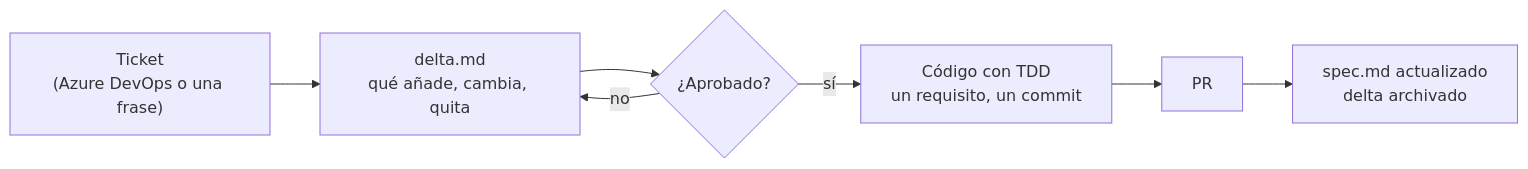
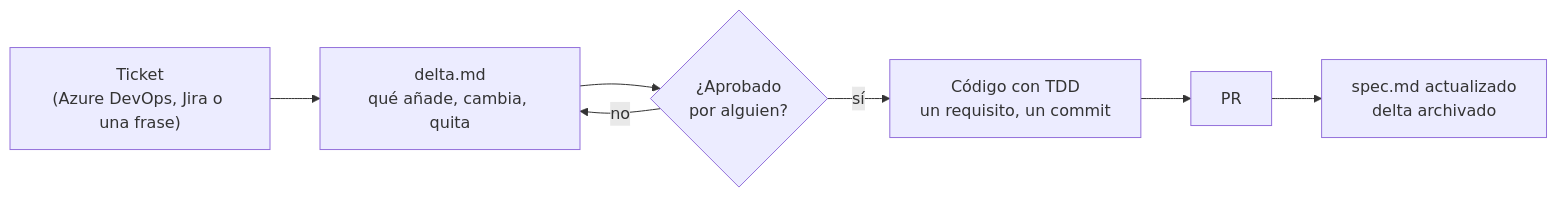
Before and after one commit to goguiGit/Sdd-Developer-setup: the diagram in README.md, drawn with Mermaid. The commit also changed other lines of this file and 5 other files, not shown here.

````diff
--- a/README.md
+++ b/README.md
@@ -35,8 +38,8 @@
 ```mermaid
 flowchart LR
-    T["Ticket<br/>(Azure DevOps o una frase)"] --> D["delta.md<br/>qué añade, cambia, quita"]
-    D --> A{"¿Aprobado?"}
+    T["Ticket<br/>(Azure DevOps, Jira o una frase)"] --> D["delta.md<br/>qué añade, cambia, quita"]
+    D --> A{"¿Aprobado<br/>por alguien?"}
     A -- no --> D
     A -- sí --> I["Código con TDD<br/>un requisito, un commit"]
     I --> PR["PR"] --> M["spec.md actualizado<br/>delta archivado"]
 ```
````
